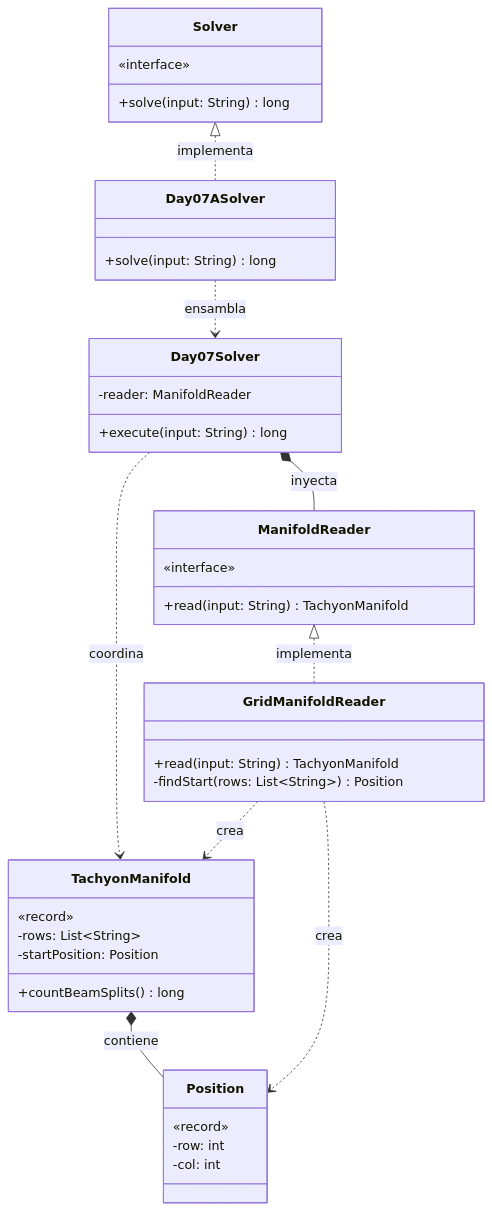
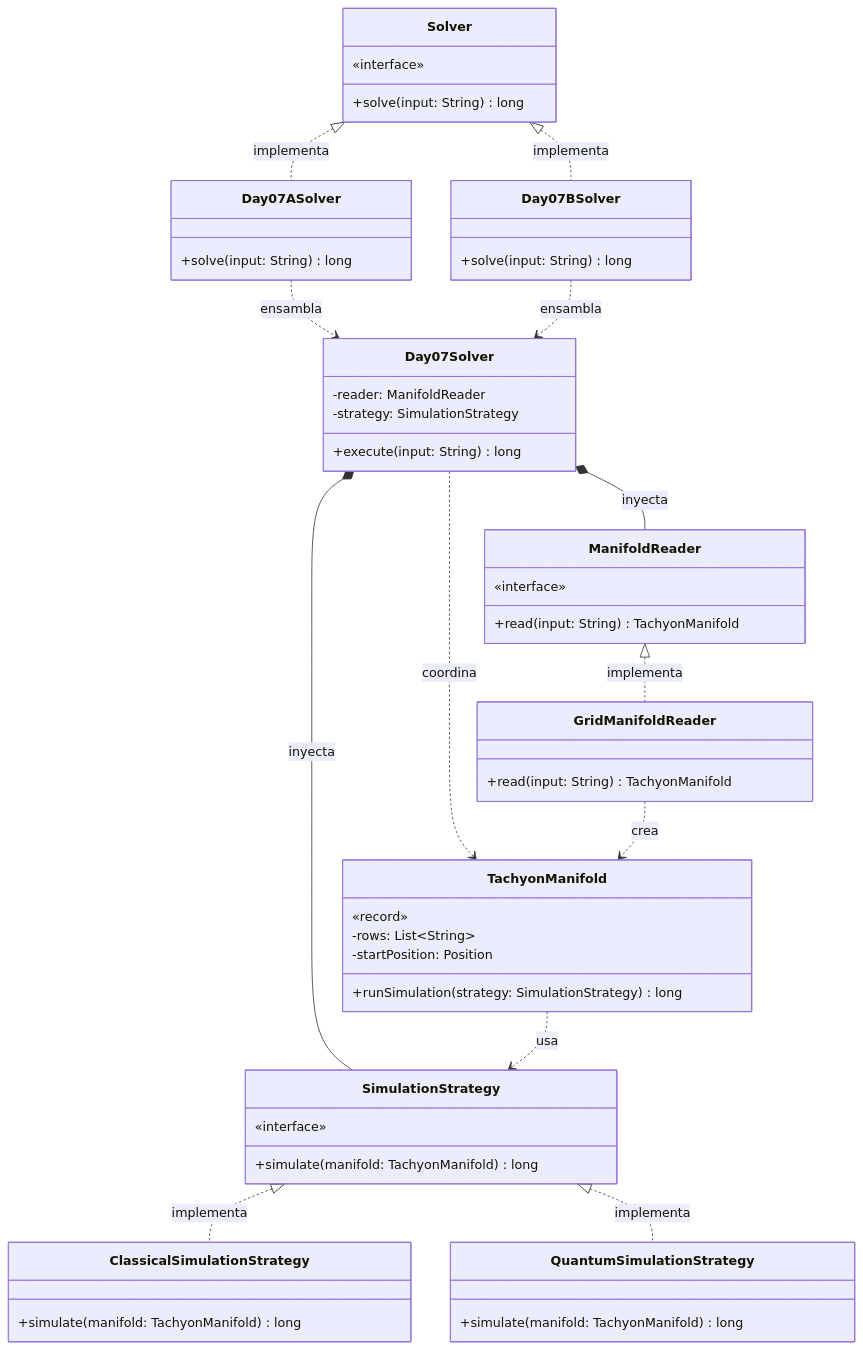
Before and after one commit to ivanperezdiaz829/AoC2025: the diagram in src/main/java/software/aoc/day07/README.md, drawn with Mermaid. The commit also changed other lines of this file and 8 other files, not shown here.

````diff
--- a/src/main/java/software/aoc/day07/README.md
+++ b/src/main/java/software/aoc/day07/README.md
@@ -34,53 +35,68 @@
 ```mermaid
 classDiagram
     class Solver {
         «interface»
         +solve(input: String) long
     }
 
     class Day07ASolver {
         +solve(input: String) long
     }
+    
+    class Day07BSolver {
+        +solve(input: String) long
+    }
 
     class Day07Solver {
         -reader: ManifoldReader
+        -strategy: SimulationStrategy
         +execute(input: String) long
     }
 
     class TachyonManifold {
         «record»
         -rows: List~String~
         -startPosition: Position
-        +countBeamSplits() long
+        +runSimulation(strategy: SimulationStrategy) long
     }
 
-    class Position {
-        «record»
-        -row: int
-        -col: int
+    class SimulationStrategy {
+        «interface»
+        +simulate(manifold: TachyonManifold) long
+    }
+    
+    class ClassicalSimulationStrategy {
+        +simulate(manifold: TachyonManifold) long
+    }
+    
+    class QuantumSimulationStrategy {
+        +simulate(manifold: TachyonManifold) long
     }
 
     class ManifoldReader {
         «interface»
         +read(input: String) TachyonManifold
     }
 
     class GridManifoldReader {
         +read(input: String) TachyonManifold
-        -findStart(rows: List~String~) Position
     }
 
 %% Relaciones de Implementación
     Solver <|.. Day07ASolver : implementa
+    Solver <|.. Day07BSolver : implementa
+    SimulationStrategy <|.. ClassicalSimulationStrategy : implementa
+    SimulationStrategy <|.. QuantumSimulationStrategy : implementa
     ManifoldReader <|.. GridManifoldReader : implementa
 
-%% Relaciones de Orquestación e Inyección
+%% Relaciones de Ensamblaje e Inyección
     Day07ASolver ..> Day07Solver : ensambla
+    Day07BSolver ..> Day07Solver : ensambla
     Day07Solver *-- ManifoldReader : inyecta
+    Day07Solver *-- SimulationStrategy : inyecta
 
-%% Dependencias de Dominio
+%% Relaciones de Dominio
     Day07Solver ..> TachyonManifold : coordina
-    TachyonManifold *-- Position : contiene
+    TachyonManifold ..> SimulationStrategy : usa
     GridManifoldReader ..> TachyonManifold : crea
-    GridManifoldReader ..> Position : crea
 ```
````
